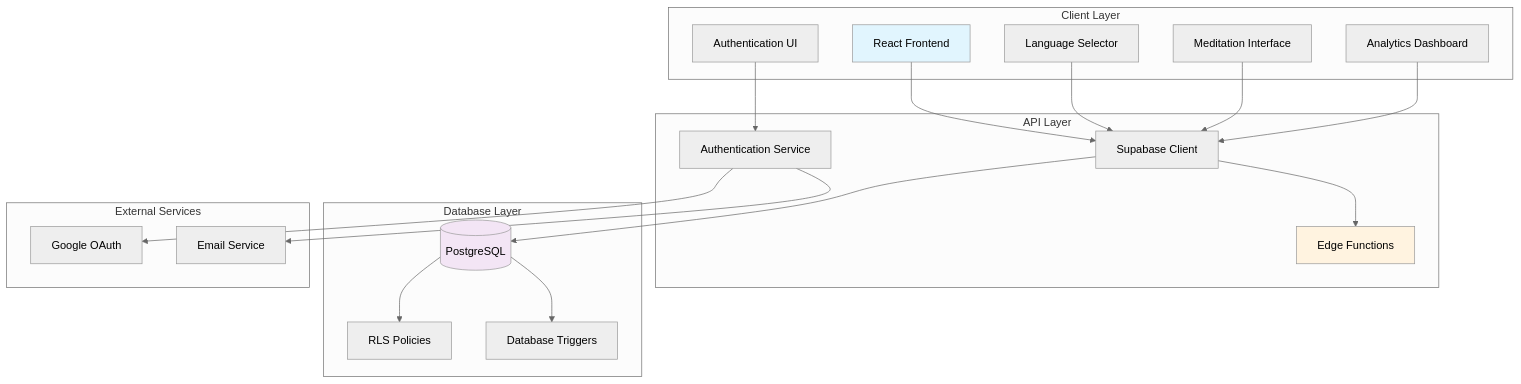
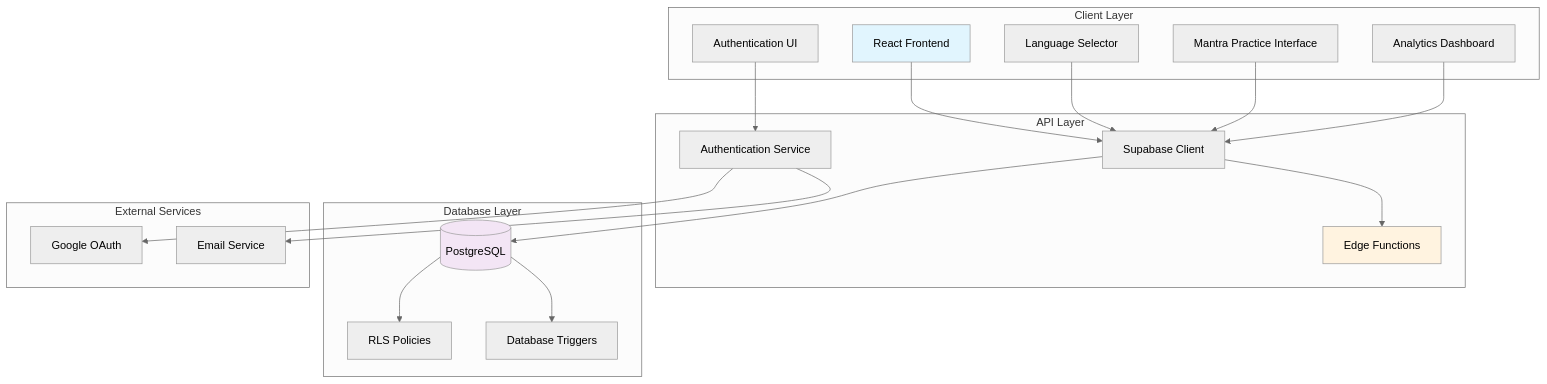
One commit to life-universe025/Emotion-mantra-mapping changed the first of 6 diagrams in README.md. Above: the diagram before and after it, drawn with Mermaid (neutral theme). The commit also changed other lines of this file and 46 other files, not shown here.

````diff
--- a/README.md
+++ b/README.md
@@ -239,45 +239,45 @@
 ```mermaid
 graph TB
     subgraph "Client Layer"
         A[React Frontend]
         B[Language Selector]
         C[Authentication UI]
-        D[Meditation Interface]
+        D[Mantra Practice Interface]
         E[Analytics Dashboard]
     end
     
     subgraph "API Layer"
         F[Supabase Client]
         G[Edge Functions]
         H[Authentication Service]
     end
     
     subgraph "Database Layer"
         I[(PostgreSQL)]
         J[RLS Policies]
         K[Database Triggers]
     end
     
     subgraph "External Services"
         L[Google OAuth]
         M[Email Service]
     end
     
     A --> F
     B --> F
     C --> H
     D --> F
     E --> F
     
     F --> G
     F --> I
     H --> L
     H --> M
     
     I --> J
     I --> K
     
     style A fill:#e1f5fe
     style I fill:#f3e5f5
     style G fill:#fff3e0
 ```
````
